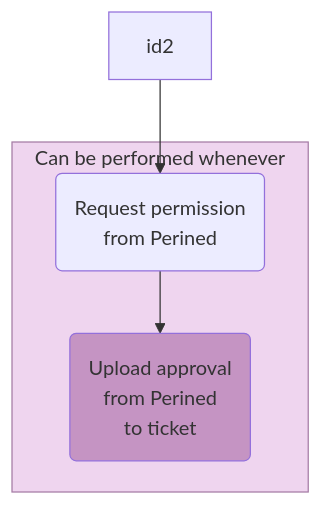
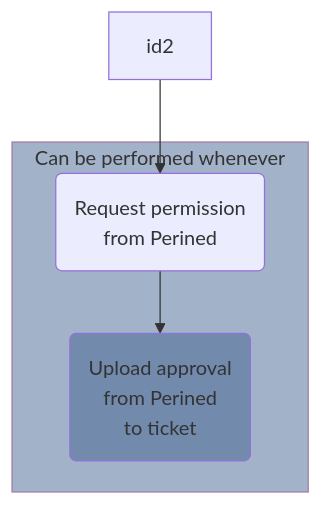
Before and after one commit to elan-dcc/elan-dcc.github.io: the diagram in charts/flowchart/perined.mmd, drawn with Mermaid. The commit also changed 83 other files, not shown here.

```diff
--- a/charts/flowchart/perined.mmd
+++ b/charts/flowchart/perined.mmd
@@ -1,14 +1,14 @@
 flowchart TD
 subgraph external [Can be performed whenever]
     idD1(Request permission
     from Perined) --> idD2(Upload approval
     from Perined
     to ticket)
 end
 
 id2 --> idD1
 
-style idD2 fill:#c594c3
-style external fill:#efd5ef, stroke:#a57ca5
+style idD2 fill:#728bad
+style external fill:#a2b2c9, stroke:#a57ca5
 click idD2 "https://elan-dcc.github.io/researchers/perined" "Perined" _blank
 click idD2 "https://elanresearch.nl" "ELAN research" _blank
```
